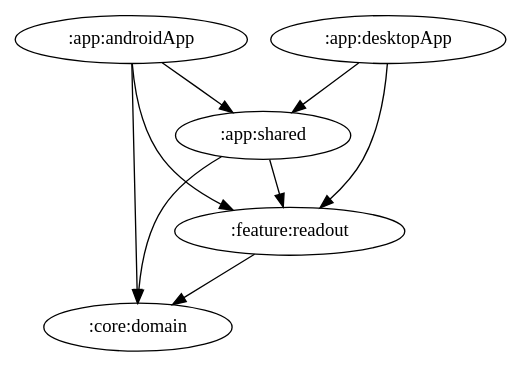
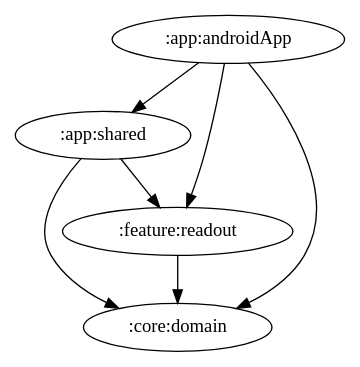
One commit to ai-kurou/KoDriver changed the diagram in docs/graphs/feature-readout.gv. Above: the diagram before and after it, drawn with Graphviz. The commit also changed 7 other files, not shown here.

Commit message:
chore: update module graph images [skip ci]

```diff
--- a/docs/graphs/feature-readout.gv
+++ b/docs/graphs/feature-readout.gv
@@ -1,10 +1,8 @@
 digraph G {
   ":app:androidApp" -> ":app:shared"
   ":app:androidApp" -> ":core:domain"
   ":app:androidApp" -> ":feature:readout"
-  ":app:desktopApp" -> ":app:shared"
-  ":app:desktopApp" -> ":feature:readout"
   ":app:shared" -> ":feature:readout"
   ":app:shared" -> ":core:domain"
   ":feature:readout" -> ":core:domain"
 }
```
